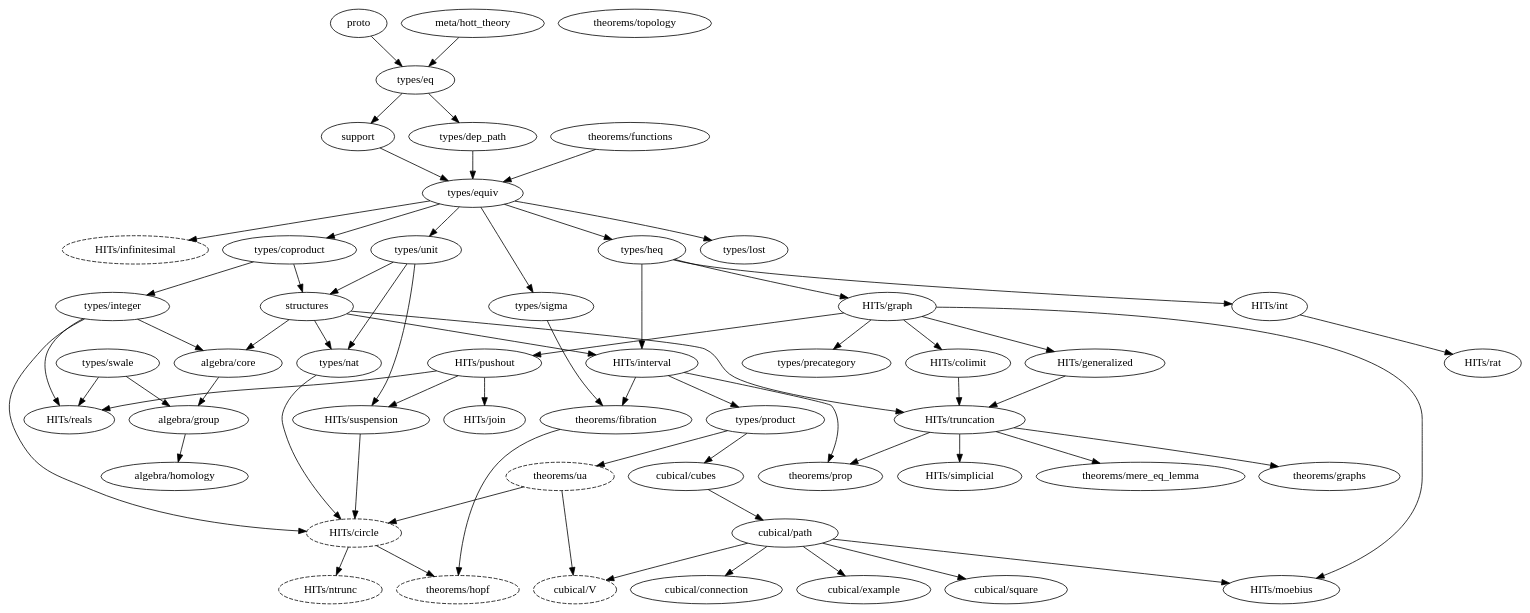
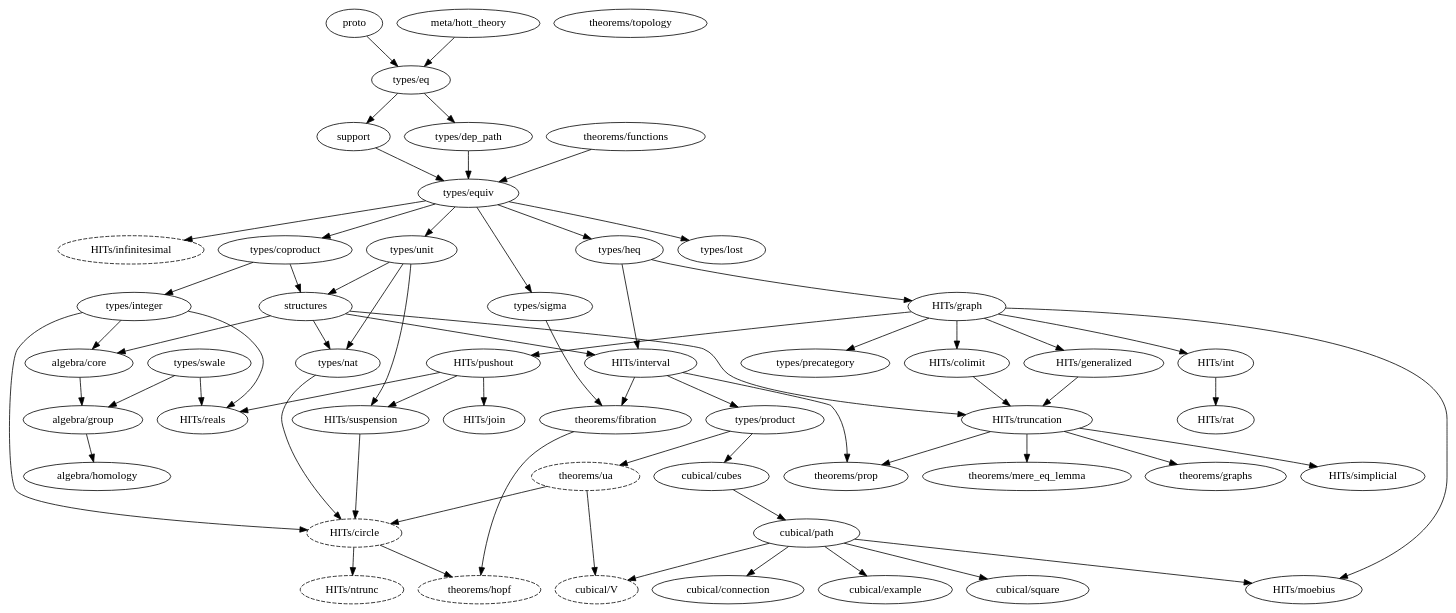
Before and after one commit to forked-from-1kasper/ground_zero: the diagram in dependency_map.gv, drawn with Graphviz. The commit also changed other lines of this file and 4 other files, not shown here.

```diff
--- a/dependency_map.gv
+++ b/dependency_map.gv
@@ -1,117 +1,117 @@
 digraph dependency_map {
   proto -> "types/eq"
   "meta/hott_theory" -> "types/eq"
   support -> "types/equiv"
   structures -> {
     "HITs/interval",
     "HITs/truncation",
     "algebra/core",
     "types/nat"
   }
 
   subgraph univalence {
     node [style=dashed]
     "HITs/circle"
     "HITs/infinitesimal"
     "HITs/ntrunc"
     "theorems/ua"
     "cubical/V"
     "theorems/hopf"
   }
 
   subgraph algebra {
     "algebra/core" -> "algebra/group"
     "algebra/group" -> "algebra/homology"
     "algebra/homology"
   }
 
   subgraph types {
     "types/coproduct" -> { "types/integer", structures }
     "types/dep_path" -> "types/equiv"
     "types/eq" -> { "types/dep_path", support }
     "types/equiv" -> {
       "types/heq",
       "HITs/infinitesimal",
       "types/coproduct",
       "types/lost",
       "types/unit",
       "types/sigma"
     }
     "types/heq" -> {
-      "HITs/int",
       "HITs/interval",
       "HITs/graph"
     }
     "types/integer" -> { "HITs/circle", "HITs/reals", "algebra/core" }
     "types/lost"
     "types/nat" -> { "HITs/circle" }
     "types/product" -> { "cubical/cubes", "theorems/ua" }
     "types/sigma" -> { "theorems/fibration" }
     "types/swale" -> { "HITs/reals", "algebra/group" }
     "types/unit" -> { structures, "HITs/suspension", "types/nat" }
   }
 
   subgraph HITs {
     "HITs/circle" -> { "HITs/ntrunc", "theorems/hopf" }
     "HITs/colimit" -> "HITs/truncation"
     "HITs/generalized" -> "HITs/truncation"
     "HITs/graph" -> {
       "HITs/colimit",
       "HITs/generalized",
+      "HITs/int",
       "HITs/pushout",
       "HITs/moebius",
       "types/precategory"
     }
     "HITs/infinitesimal"
     "HITs/int" -> "HITs/rat"
     "HITs/interval" -> {
       "types/product",
       "theorems/prop",
       "theorems/fibration"
     }
     "HITs/join"
     "HITs/moebius"
     "HITs/ntrunc"
     "HITs/pushout" -> {
       "HITs/join",
       "HITs/reals",
       "HITs/suspension"
     }
     "HITs/rat"
     "HITs/reals"
     "HITs/simplicial"
     "HITs/suspension" -> "HITs/circle"
     "HITs/truncation" -> {
       "theorems/mere_eq_lemma",
       "theorems/prop",
       "theorems/graphs",
       "HITs/simplicial"
     }
   }
 
   subgraph cubical {
     "cubical/connection"
     "cubical/cubes" -> "cubical/path"
     "cubical/example"
     "cubical/path" -> {
       "cubical/square",
       "cubical/example",
       "cubical/V",
       "cubical/connection",
       "HITs/moebius"
     }
     "cubical/square"
     "cubical/V"
   }
 
   subgraph theorems {
     "theorems/fibration" -> { "theorems/hopf" }
     "theorems/functions" -> { "types/equiv" }
     "theorems/graphs"
     "theorems/hopf"
     "theorems/mere_eq_lemma"
     "theorems/prop"
     "theorems/topology"
     "theorems/ua" -> { "HITs/circle", "cubical/V" }
   }
 }
```
